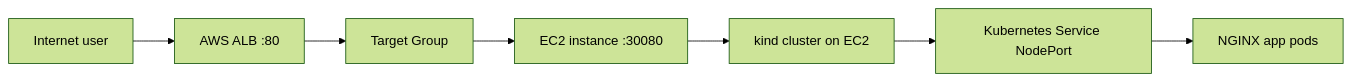
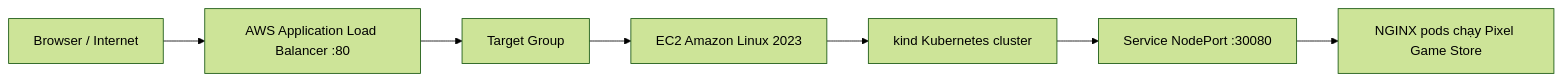
One commit to BuiThanhNghiaDTU19122004/buithanhnghia-aws-accelerator-p2 changed the diagram in cloud/w8/project-w1-p2/k8s-on-aws-terraform/README.md. Above: the diagram before and after it, drawn with Mermaid (forest theme). The commit also changed other lines of this file, not shown here.

````diff
--- a/cloud/w8/project-w1-p2/k8s-on-aws-terraform/README.md
+++ b/cloud/w8/project-w1-p2/k8s-on-aws-terraform/README.md
@@ -28,9 +54,9 @@
 ```mermaid
 flowchart LR
-    User["Internet user"] --> ALB["AWS ALB :80"]
+    User["Browser / Internet"] --> ALB["AWS Application Load Balancer :80"]
     ALB --> TG["Target Group"]
-    TG --> EC2["EC2 instance :30080"]
-    EC2 --> Kind["kind cluster on EC2"]
-    Kind --> SVC["Kubernetes Service NodePort"]
-    SVC --> PODS["NGINX app pods"]
+    TG --> EC2["EC2 Amazon Linux 2023"]
+    EC2 --> Kind["kind Kubernetes cluster"]
+    Kind --> SVC["Service NodePort :30080"]
+    SVC --> Pods["NGINX pods chạy Pixel Game Store"]
 ```
````
